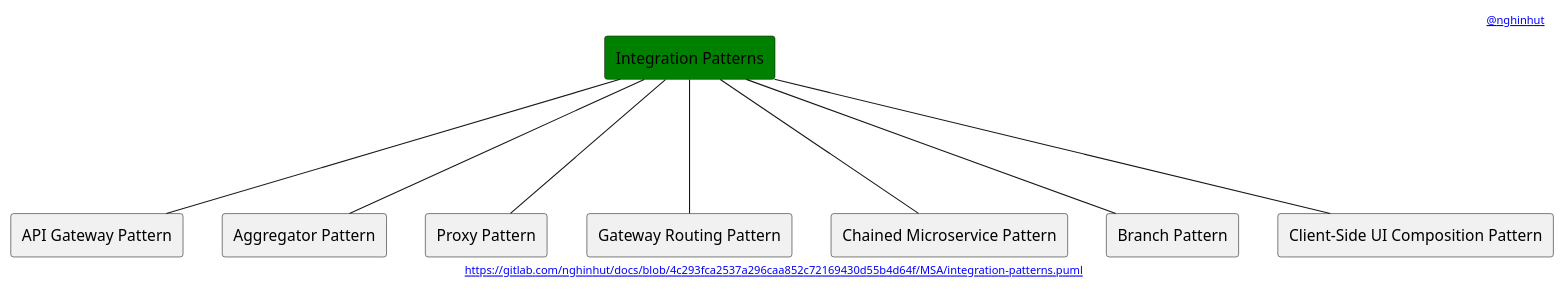
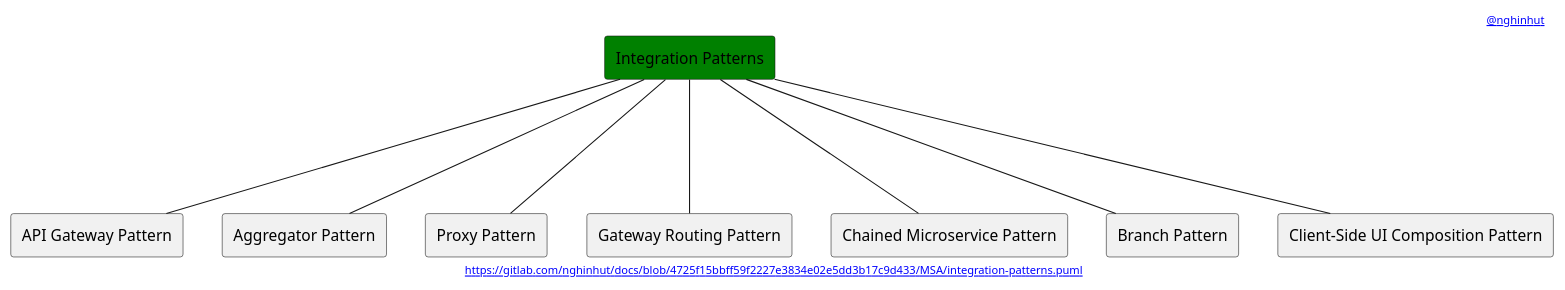
The diagram in MSA/integration-patterns.puml (nghinhut/docs), drawn with PlantUML before and after one commit. The commit also changed 18 other files, not shown here.

Commit message:
Update diagrams

```diff
--- a/MSA/integration-patterns.puml
+++ b/MSA/integration-patterns.puml
@@ -1,24 +1,24 @@
 @startuml
 '-----START auto generated metadata please keep comment here to allow auto update-----
 '-----DON'T EDIT THIS SECTION, INSTEAD RE-RUN prebuild.sh TO UPDATE-----
 header [[mailto:nghinhut@gmail.com @nghinhut]]
-footer [[https://gitlab.com/nghinhut/docs/blob/4c293fca2537a296caa852c72169430d55b4d64f/MSA/integration-patterns.puml]]
+footer [[http://www.plantuml.com/plantuml/proxy?fmt=svg&src=https://gitlab.com/nghinhut/docs/raw/4725f15bbff59f2227e3834e02e5dd3b17c9d433/MSA/integration-patterns.puml https://gitlab.com/nghinhut/docs/blob/4725f15bbff59f2227e3834e02e5dd3b17c9d433/MSA/integration-patterns.puml]]
 '-----END auto generated metadata please keep comment here to allow auto update-----
 
 rectangle "Integration Patterns" as Integration #green
 
 rectangle "API Gateway Pattern" as IntegrationP1
 rectangle "Aggregator Pattern" as IntegrationP2
 rectangle "Proxy Pattern" as IntegrationP3
 rectangle "Gateway Routing Pattern" as IntegrationP4
 rectangle "Chained Microservice Pattern" as IntegrationP5
 rectangle "Branch Pattern" as IntegrationP6
 rectangle "Client-Side UI Composition Pattern" as IntegrationP7
 Integration --- IntegrationP1
 Integration --- IntegrationP2
 Integration --- IntegrationP3
 Integration --- IntegrationP4
 Integration --- IntegrationP5
 Integration --- IntegrationP6
 Integration --- IntegrationP7
 @enduml
```
